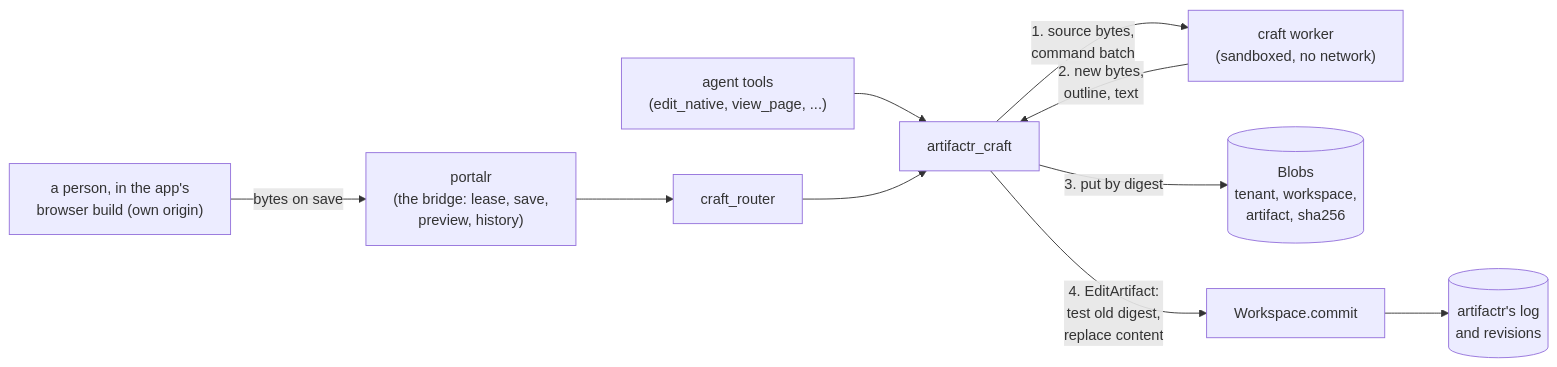
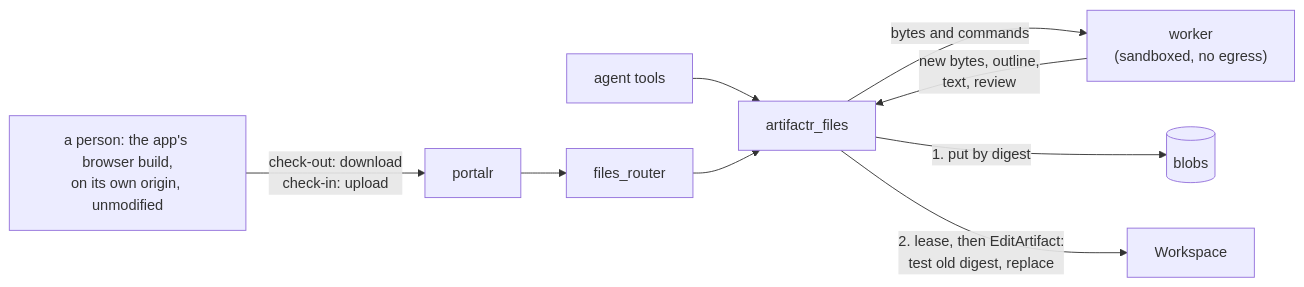
Before and after one commit to alexnodeland/lattice: the diagram in docs/rfcs/0003-native-files-as-artifacts.md, drawn with Mermaid. The commit also changed other lines of this file, not shown here.

First line of the commit message:
docs(rfc): RFC-0003 revised: check-out under an artifact lease, artifactr-files, and the review's fixes

````diff
--- a/docs/rfcs/0003-native-files-as-artifacts.md
+++ b/docs/rfcs/0003-native-files-as-artifacts.md
@@ -32,12 +39,11 @@
 ```mermaid
 graph LR
-    person["a person, in the app's<br/>browser build (own origin)"] -- "bytes on save" --> portal
-    agent["agent tools<br/>(edit_native, view_page, ...)"] --> craft["artifactr_craft"]
-    portal["portalr<br/>(the bridge: lease, save,<br/>preview, history)"] --> router["craft_router"]
-    router --> craft
-    craft -- "1. source bytes,<br/>command batch" --> worker["craft worker<br/>(sandboxed, no network)"]
-    worker -- "2. new bytes,<br/>outline, text" --> craft
-    craft -- "3. put by digest" --> blobs[("Blobs<br/>tenant, workspace,<br/>artifact, sha256")]
-    craft -- "4. EditArtifact:<br/>test old digest,<br/>replace content" --> ws["Workspace.commit"]
-    ws --> log[("artifactr's log<br/>and revisions")]
+    person["a person: the app's browser build,<br/>on its own origin, unmodified"] -- "check-out: download<br/>check-in: upload" --> portal["portalr"]
+    portal --> router["files_router"]
+    agent["agent tools"] --> pkg["artifactr_files"]
+    router --> pkg
+    pkg -- "bytes and commands" --> worker["worker<br/>(sandboxed, no egress)"]
+    worker -- "new bytes, outline,<br/>text, review" --> pkg
+    pkg -- "1. put by digest" --> blobs[("blobs")]
+    pkg -- "2. lease, then EditArtifact:<br/>test old digest, replace" --> ws["Workspace"]
 ```
````
